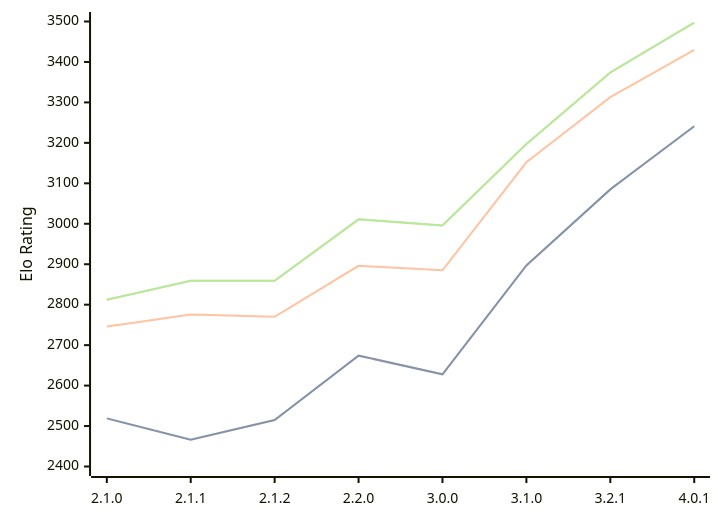
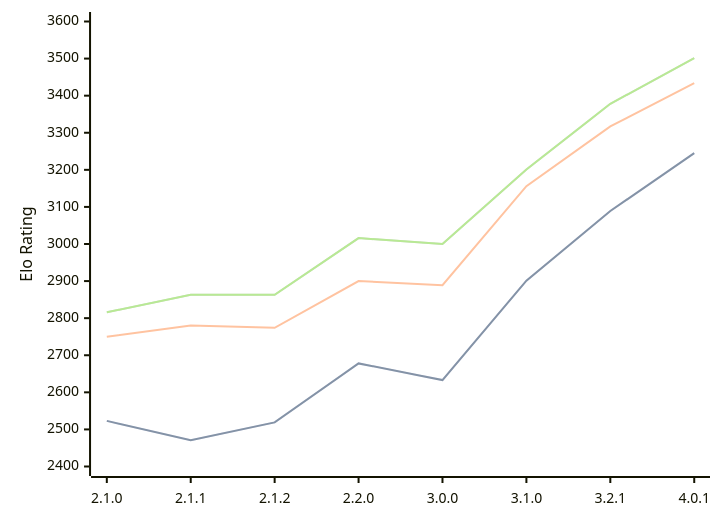
Before and after one commit to computer-chess-index/cci: the diagram in engines/Prune.md, drawn with Mermaid. The commit also changed other lines of this file, not shown here.

Commit message:
Update CCI Ratings (ELO VLTC) - 2026-08-18

````diff
--- a/engines/Prune.md
+++ b/engines/Prune.md
@@ -40,11 +40,11 @@
 ```mermaid
 %%{init: {"theme":"base","themeVariables":{"seriesColors:['#a3a3a3','#222221','#faa371']}}}%%
 xychart-beta
   x-axis ["2.1.0", "2.1.1", "2.1.2", "2.2.0", "3.0.0", "3.1.0", "3.2.1", "4.0.1"]
-  y-axis "Elo Rating" 2400 --> 3500
-  line "STC (8.0+0.08s)" [2519, 2466, 2515, 2674, 2628, 2897, 3085, 3241]
-  line "STC (8.0+0.08s)" [2519, 2466, 2515, 2674, 2628, 2897, 3085, 3241]
-  line "LTC (60.0+0.60s)" [2746, 2776, 2770, 2896, 2885, 3152, 3313, 3430]
-  line "VLTC (2m24s+1.12s)" [2812, 2859, 2859, 3011, 2996, 3197, 3374, 3497]
-  line "VLTC (2m24s+1.12s)" [2812, 2859, 2859, 3011, 2996, 3197, 3374, 3497]
+  y-axis "Elo Rating" 2400 --> 3600
+  line "STC (8.0+0.08s)" [2523, 2471, 2519, 2678, 2633, 2901, 3089, 3245]
+  line "STC (8.0+0.08s)" [2523, 2471, 2519, 2678, 2633, 2901, 3089, 3245]
+  line "LTC (60.0+0.60s)" [2750, 2780, 2774, 2900, 2889, 3156, 3317, 3434]
+  line "VLTC (2m24s+1.12s)" [2816, 2863, 2863, 3016, 3000, 3201, 3378, 3501]
+  line "VLTC (2m24s+1.12s)" [2816, 2863, 2863, 3016, 3000, 3201, 3378, 3501]
 ```
````
